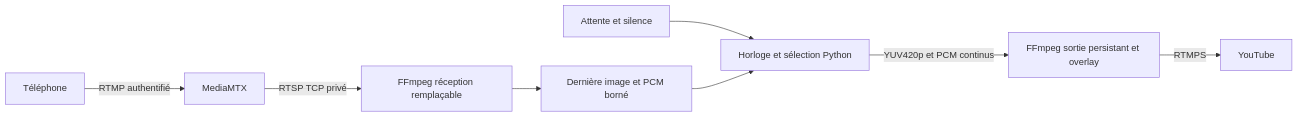
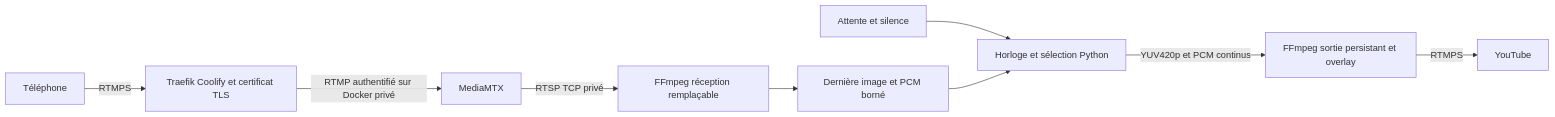
Before and after one commit to Monolithoid/streamEvent: the diagram in docs/architecture.md, drawn with Mermaid. The commit also changed other lines of this file and 9 other files, not shown here.

Commit message:
fix: terminate RTMPS in Coolify Traefik with private MediaMTX

````diff
--- a/docs/architecture.md
+++ b/docs/architecture.md
@@ -14,10 +14,11 @@
 ```mermaid
 flowchart LR
-  P[Téléphone] -->|RTMP authentifié| M[MediaMTX]
+  P[Téléphone] -->|RTMPS| T[Traefik Coolify et certificat TLS]
+  T -->|RTMP authentifié sur Docker privé| M[MediaMTX]
   M -->|RTSP TCP privé| D[FFmpeg réception remplaçable]
   D --> V[Dernière image et PCM borné]
   W[Attente et silence] --> C[Horloge et sélection Python]
   V --> C
   C -->|YUV420p et PCM continus| E[FFmpeg sortie persistant et overlay]
   E -->|RTMPS| Y[YouTube]
 ```
````
